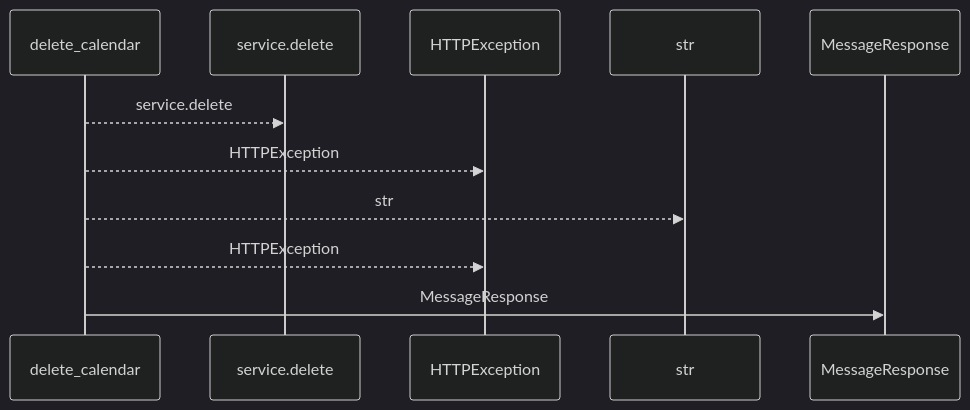
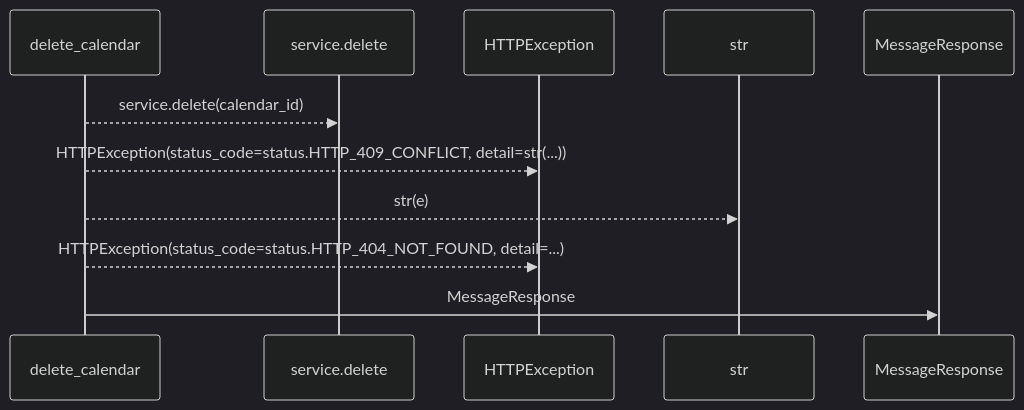
The first of 2 diagrams in docs/llm_wiki/flows/http-delete_calendar.md (Denissvgn/WorkChord), drawn with Mermaid (dark theme) before and after one commit. The commit also changed other lines of this file and 25171 other files, not shown here.

````diff
--- a/docs/llm_wiki/flows/http-delete_calendar.md
+++ b/docs/llm_wiki/flows/http-delete_calendar.md
@@ -10,13 +12,13 @@
 ```mermaid
 sequenceDiagram
     participant p0 as delete_calendar
     participant p1 as service.delete
     participant p2 as HTTPException
     participant p3 as str
     participant p4 as MessageResponse
-    p0-->>p1: service.delete
-    p0-->>p2: HTTPException
-    p0-->>p3: str
-    p0-->>p2: HTTPException
+    p0-->>p1: service.delete(calendar_id)
+    p0-->>p2: HTTPException(status_code=status.HTTP_409_CONFLICT, detail=str(...))
+    p0-->>p3: str(e)
+    p0-->>p2: HTTPException(status_code=status.HTTP_404_NOT_FOUND, detail=...)
     p0->>p4: MessageResponse
 ```
````
